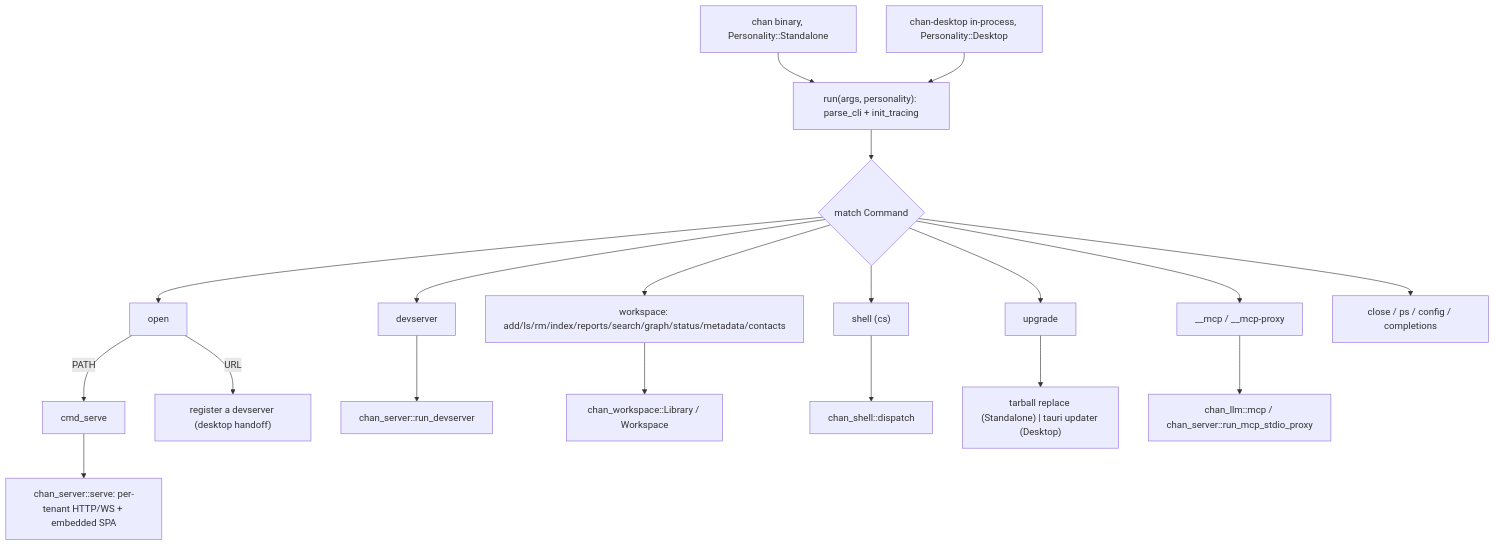
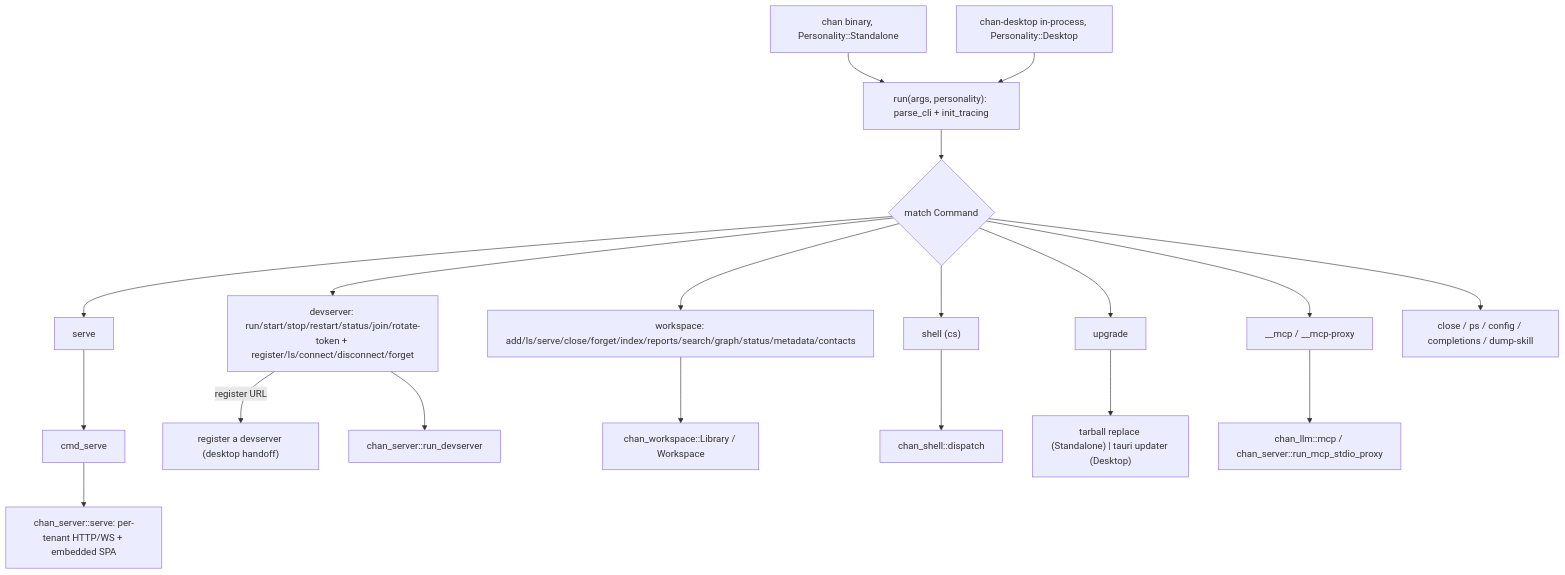
One commit to fiorix/chan changed the first of 2 diagrams in crates/chan/design.md. Above: the diagram before and after it, drawn with Mermaid. The commit also changed other lines of this file and 118 other files, not shown here.

````diff
--- a/crates/chan/design.md
+++ b/crates/chan/design.md
@@ -29,21 +29,21 @@
 ```mermaid
 flowchart TB
   Standalone["chan binary, Personality::Standalone"] --> Run
   Desktop["chan-desktop in-process, Personality::Desktop"] --> Run
   Run["run(args, personality): parse_cli + init_tracing"] --> Dispatch{"match Command"}
-  Dispatch --> Open["open"]
-  Dispatch --> Dev["devserver"]
-  Dispatch --> Ws["workspace: add/ls/rm/index/reports/search/graph/status/metadata/contacts"]
+  Dispatch --> ServeCmd["serve"]
+  Dispatch --> Dev["devserver: run/start/stop/restart/status/join/rotate-token + register/ls/connect/disconnect/forget"]
+  Dispatch --> Ws["workspace: add/ls/serve/close/forget/index/reports/search/graph/status/metadata/contacts"]
   Dispatch --> Sh["shell (cs)"]
   Dispatch --> Up["upgrade"]
   Dispatch --> Mcp["__mcp / __mcp-proxy"]
-  Dispatch --> Other["close / ps / config / completions"]
-  Open -->|"PATH"| Serve["cmd_serve"]
-  Open -->|"URL"| RegDev["register a devserver (desktop handoff)"]
+  Dispatch --> Other["close / ps / config / completions / dump-skill"]
+  ServeCmd --> Serve["cmd_serve"]
+  Dev -->|"register URL"| RegDev["register a devserver (desktop handoff)"]
   Serve --> CS["chan_server::serve: per-tenant HTTP/WS + embedded SPA"]
   Dev --> RunDev["chan_server::run_devserver"]
   Ws --> Lib["chan_workspace::Library / Workspace"]
   Sh --> ShDisp["chan_shell::dispatch"]
   Up --> UpFork["tarball replace (Standalone) | tauri updater (Desktop)"]
   Mcp --> Llm["chan_llm::mcp / chan_server::run_mcp_stdio_proxy"]
 ```
````
